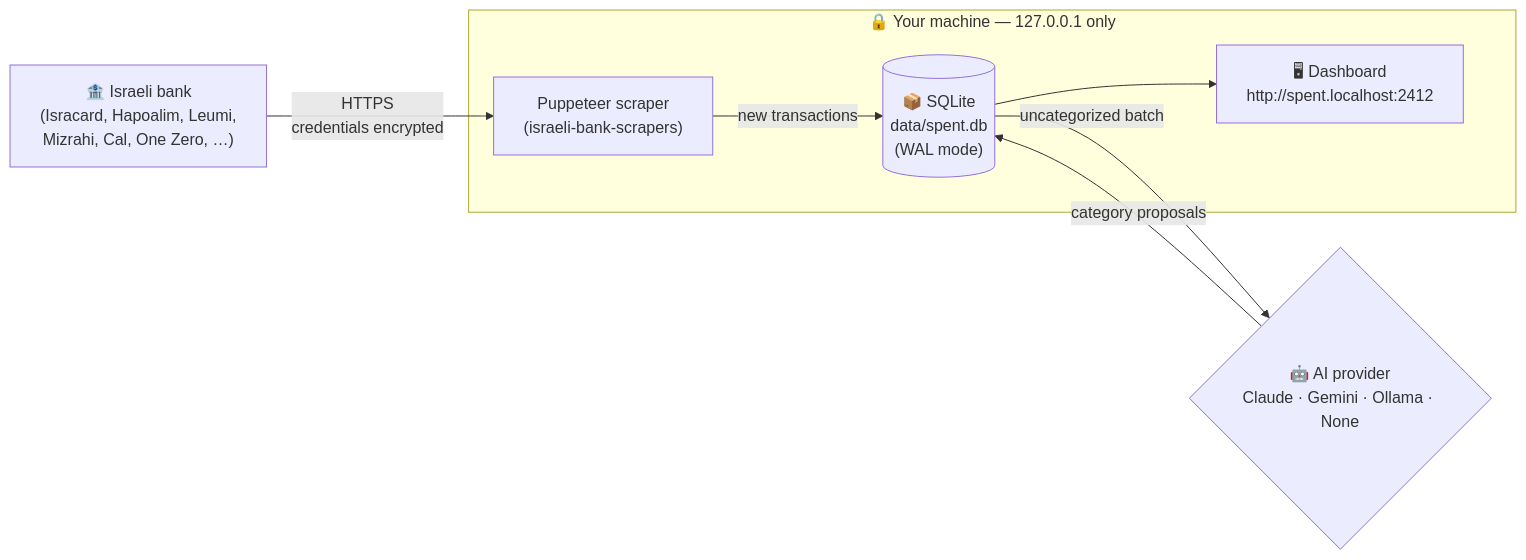
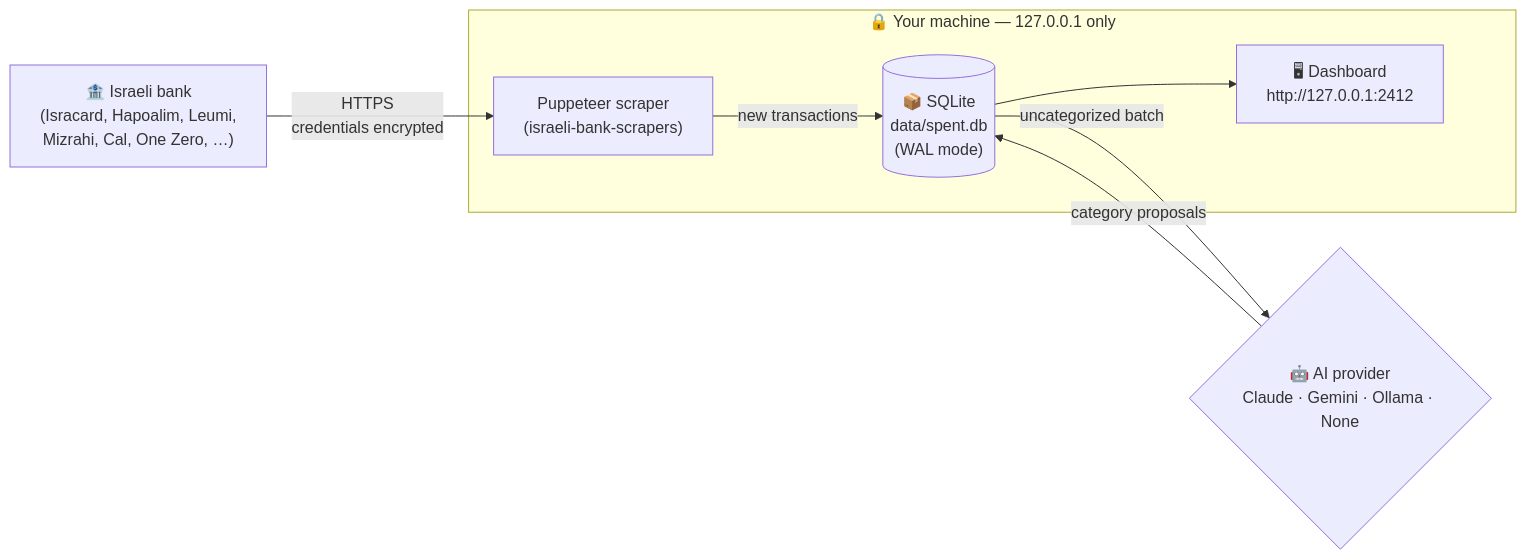
One commit to alon710/Spent changed the diagram in README.md. Above: the diagram before and after it, drawn with Mermaid. The commit also changed other lines of this file and 78 other files, not shown here.

````diff
--- a/README.md
+++ b/README.md
@@ -157,20 +157,20 @@
 ```mermaid
 flowchart LR
     Bank["🏦 Israeli bank<br/>(Isracard, Hapoalim, Leumi,<br/>Mizrahi, Cal, One Zero, …)"]
     Scraper["Puppeteer scraper<br/>(israeli-bank-scrapers)"]
     DB[("📦 SQLite<br/>data/spent.db<br/>(WAL mode)")]
     AI{"🤖 AI provider<br/>Claude · Gemini · Ollama · None"}
-    UI["🖥 Dashboard<br/>http://spent.localhost:2412"]
+    UI["🖥 Dashboard<br/>http://127.0.0.1:2412"]
 
     Bank -->|HTTPS<br/>credentials encrypted| Scraper
     Scraper -->|new transactions| DB
     DB -->|uncategorized batch| AI
     AI -->|category proposals| DB
     DB --> UI
 
     subgraph local["🔒 Your machine — 127.0.0.1 only"]
         Scraper
         DB
         UI
     end
 ```
````
